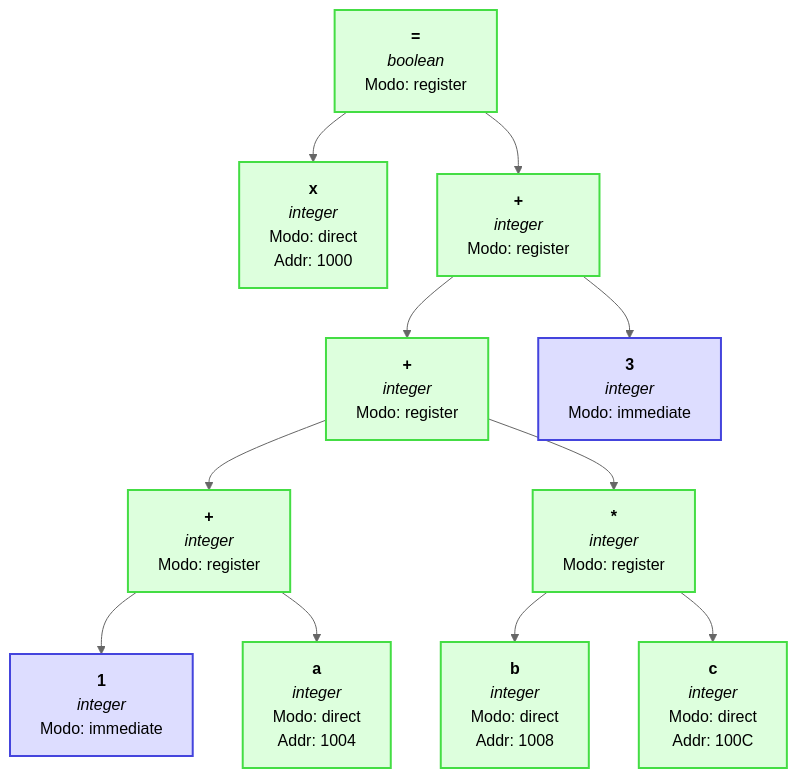
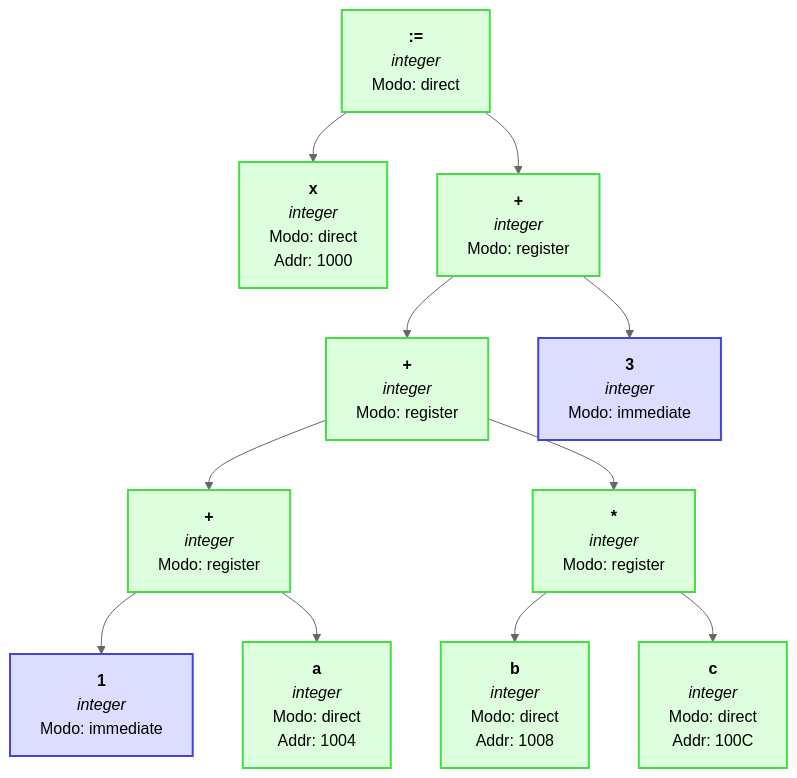
One commit to jangelmm/Compilador-Expresiones changed the third of 3 diagrams in reports/reporte_x.md. Above: the diagram before and after it, drawn with Mermaid (neutral theme). The commit also changed other lines of this file and 14 other files, not shown here.

````diff
--- a/reports/reporte_x.md
+++ b/reports/reporte_x.md
@@ -189,27 +216,27 @@
 ```mermaid
 graph TD
     classDef error fill:#ffdddd,stroke:#d44,stroke-width:2px;
     classDef default fill:#ddffdd,stroke:#4d4,stroke-width:2px;
     classDef immediate fill:#ddddff,stroke:#44d,stroke-width:2px;
-    N10["<b>=</b><br/><i>boolean</i><br/>Modo: register"]:::default
+    N10["<b>:=</b><br/><i>integer</i><br/>Modo: direct"]:::default
     N0["<b>x</b><br/><i>integer</i><br/>Modo: direct<br/>Addr: 1000"]:::default
     N10 --> N0
     N9["<b>+</b><br/><i>integer</i><br/>Modo: register"]:::default
     N7["<b>+</b><br/><i>integer</i><br/>Modo: register"]:::default
     N3["<b>+</b><br/><i>integer</i><br/>Modo: register"]:::default
     N1["<b>1</b><br/><i>integer</i><br/>Modo: immediate"]:::immediate
     N3 --> N1
     N2["<b>a</b><br/><i>integer</i><br/>Modo: direct<br/>Addr: 1004"]:::default
     N3 --> N2
     N7 --> N3
     N6["<b>*</b><br/><i>integer</i><br/>Modo: register"]:::default
     N4["<b>b</b><br/><i>integer</i><br/>Modo: direct<br/>Addr: 1008"]:::default
     N6 --> N4
     N5["<b>c</b><br/><i>integer</i><br/>Modo: direct<br/>Addr: 100C"]:::default
     N6 --> N5
     N7 --> N6
     N9 --> N7
     N8["<b>3</b><br/><i>integer</i><br/>Modo: immediate"]:::immediate
     N9 --> N8
     N10 --> N9
 ```
````
